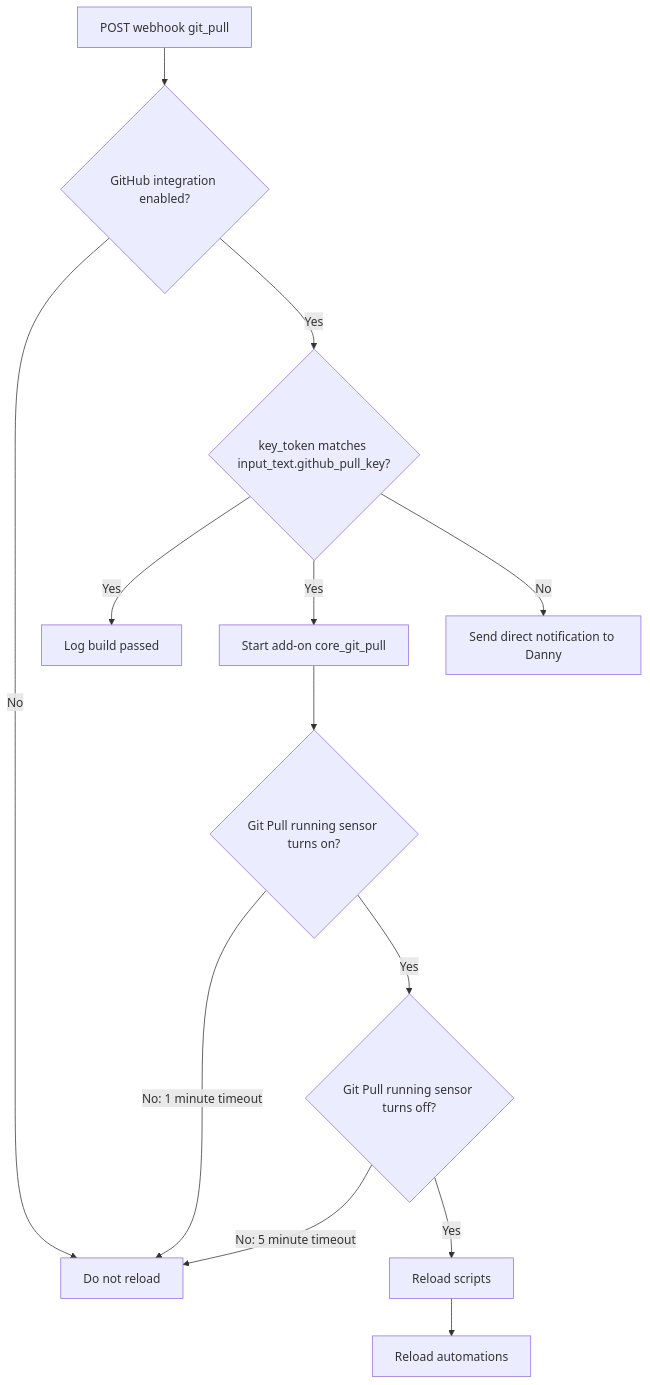
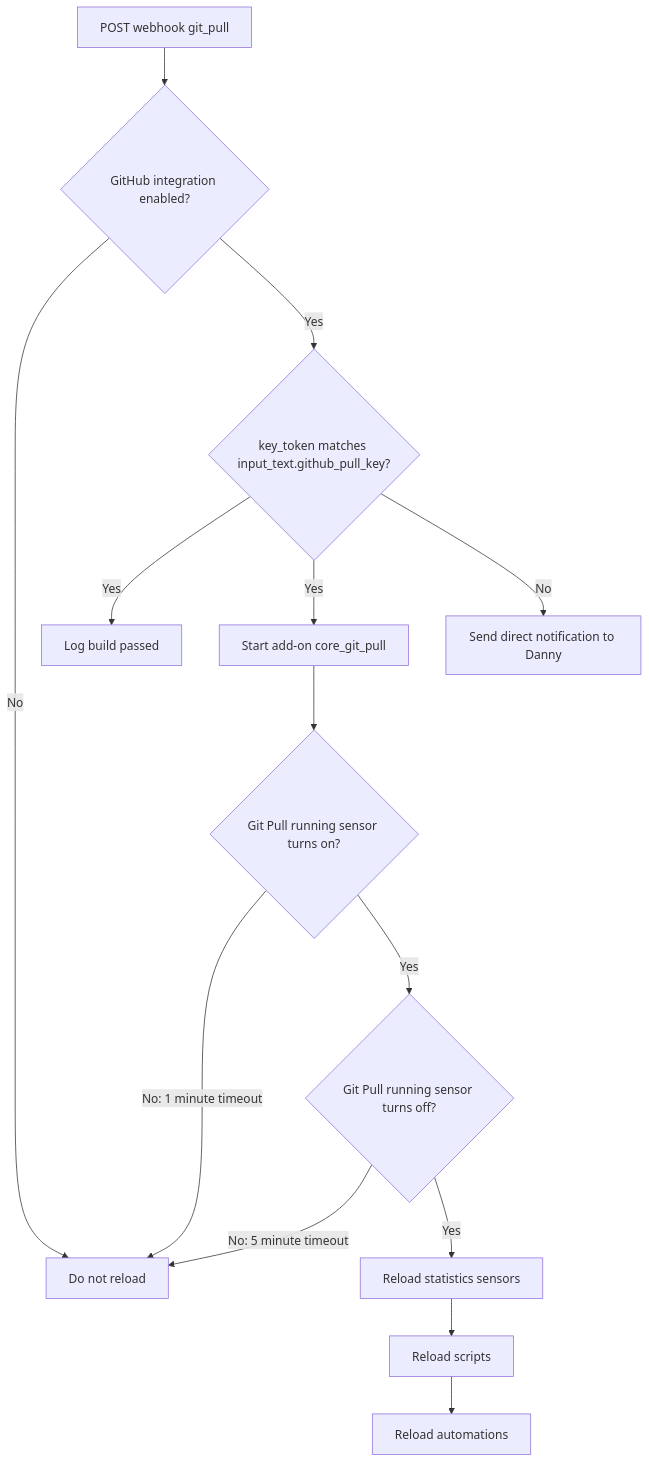
One commit to dannytsang/homeassistant-config changed the diagram in packages/integrations/git_README.md. Above: the diagram before and after it, drawn with Mermaid. The commit also changed other lines of this file and 1 other file, not shown here.

Commit message:
Reload statistics after Git Pull completes

````diff
--- a/packages/integrations/git_README.md
+++ b/packages/integrations/git_README.md
@@ -27,15 +27,16 @@
 ```mermaid
 flowchart TD
     Webhook[POST webhook git_pull] --> Enabled{GitHub integration enabled?}
     Enabled -->|No| Stop[Ignore request]
     Enabled -->|Yes| Token{key_token matches input_text.github_pull_key?}
     Token -->|Yes| Log[Log build passed]
     Token -->|Yes| Pull[Start add-on core_git_pull]
     Pull --> Running{Git Pull running sensor turns on?}
     Running -->|No: 1 minute timeout| Stop[Do not reload]
     Running -->|Yes| Complete{Git Pull running sensor turns off?}
     Complete -->|No: 5 minute timeout| Stop
-    Complete -->|Yes| Scripts[Reload scripts]
+    Complete -->|Yes| Statistics[Reload statistics sensors]
+    Statistics --> Scripts[Reload scripts]
     Scripts --> Automations[Reload automations]
     Token -->|No| Alert[Send direct notification to Danny]
 ```
````
